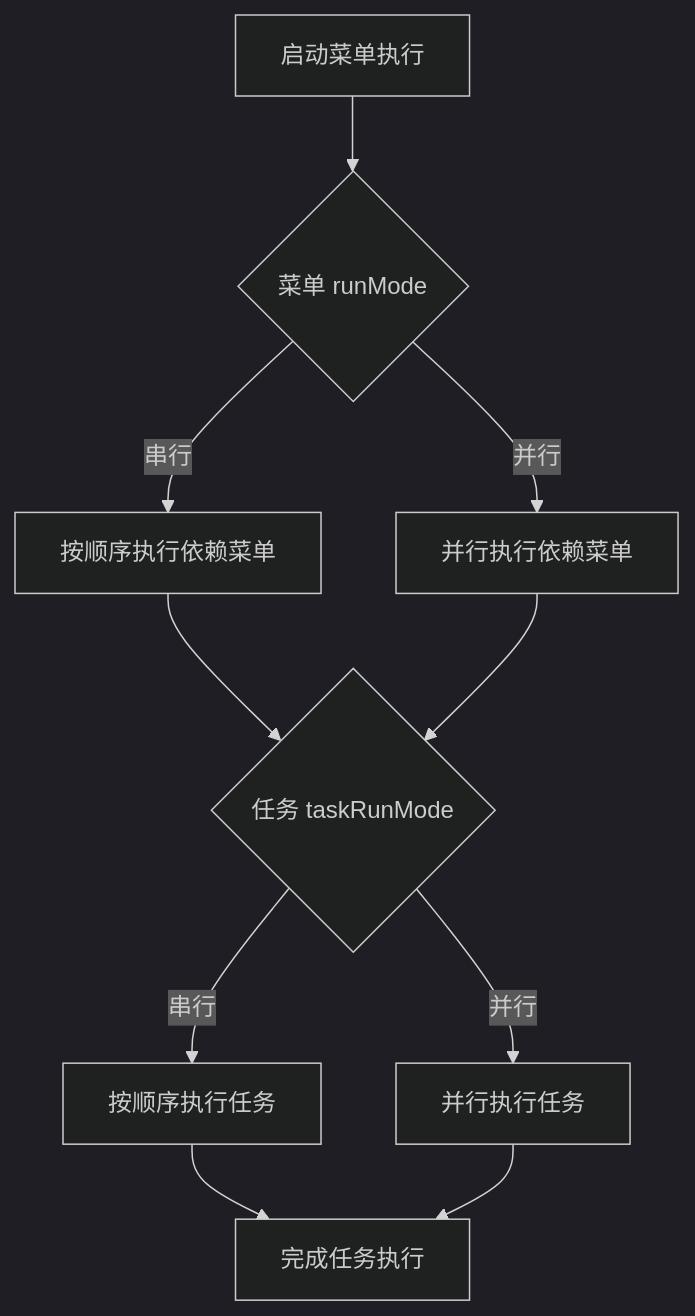
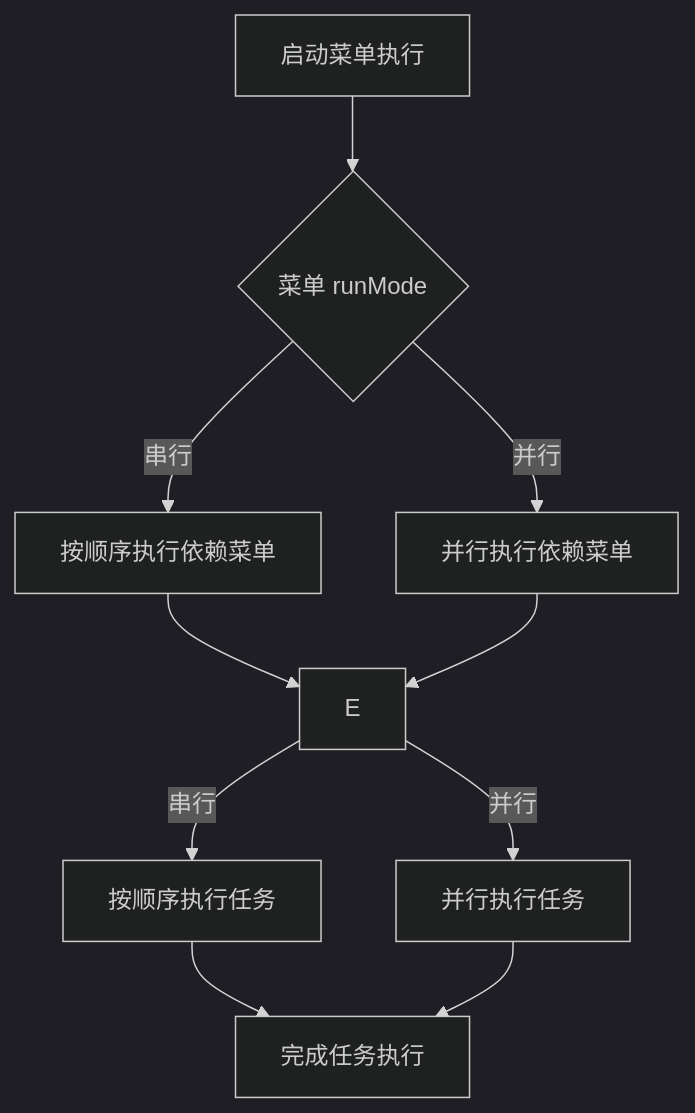
One commit to baiawxk/menuify changed the second of 2 diagrams in .github/prompts/output/updated-design.md. Above: the diagram before and after it, drawn with Mermaid (dark theme). The commit also changed other lines of this file and 15 other files, not shown here.

````diff
--- a/.github/prompts/output/updated-design.md
+++ b/.github/prompts/output/updated-design.md
@@ -92,12 +79,12 @@
 ```mermaid
 flowchart TD
     A[启动菜单执行] --> B{菜单 runMode}
     B -- 串行 --> C[按顺序执行依赖菜单]
     B -- 并行 --> D[并行执行依赖菜单]
-    C --> E{任务 taskRunMode}
+    C --> E
     D --> E
     E -- 串行 --> F[按顺序执行任务]
     E -- 并行 --> G[并行执行任务]
     F --> H[完成任务执行]
     G --> H
 ```
````
